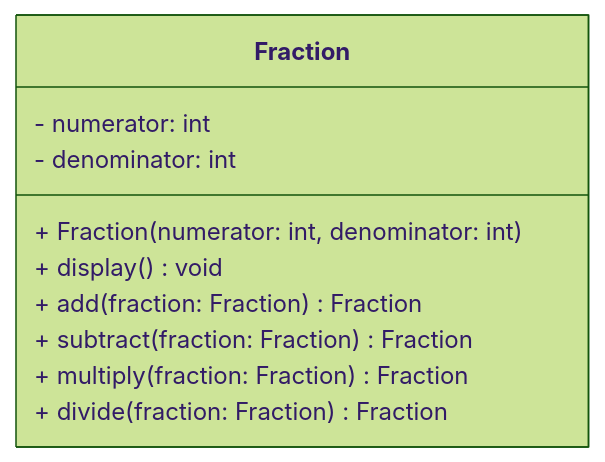
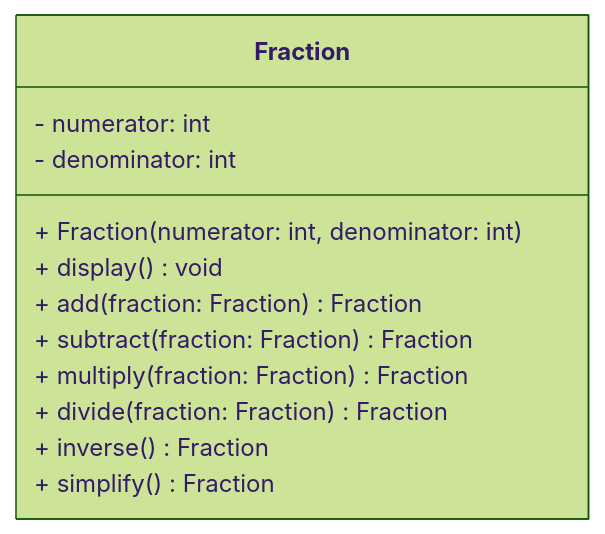
One commit to aldevgen/aldevgen.github.io changed the second of 2 diagrams in _formations/oop/introduction.md. Above: the diagram before and after it, drawn with Mermaid (forest theme). The commit also changed other lines of this file and 7 other files, not shown here.

````diff
--- a/_formations/oop/introduction.md
+++ b/_formations/oop/introduction.md
@@ -125,14 +152,16 @@
 ```mermaid
 %%{init: {"class": {"useMaxWidth": "false"}}%%
 classDiagram
     class Fraction {
         - numerator: int
         - denominator: int
         + Fraction(numerator: int, denominator: int)
         + display() void
         + add(fraction: Fraction) Fraction
         + subtract(fraction: Fraction) Fraction
         + multiply(fraction: Fraction) Fraction
         + divide(fraction: Fraction) Fraction
+        + inverse() Fraction
+        + simplify() Fraction
     }
 ```
````
